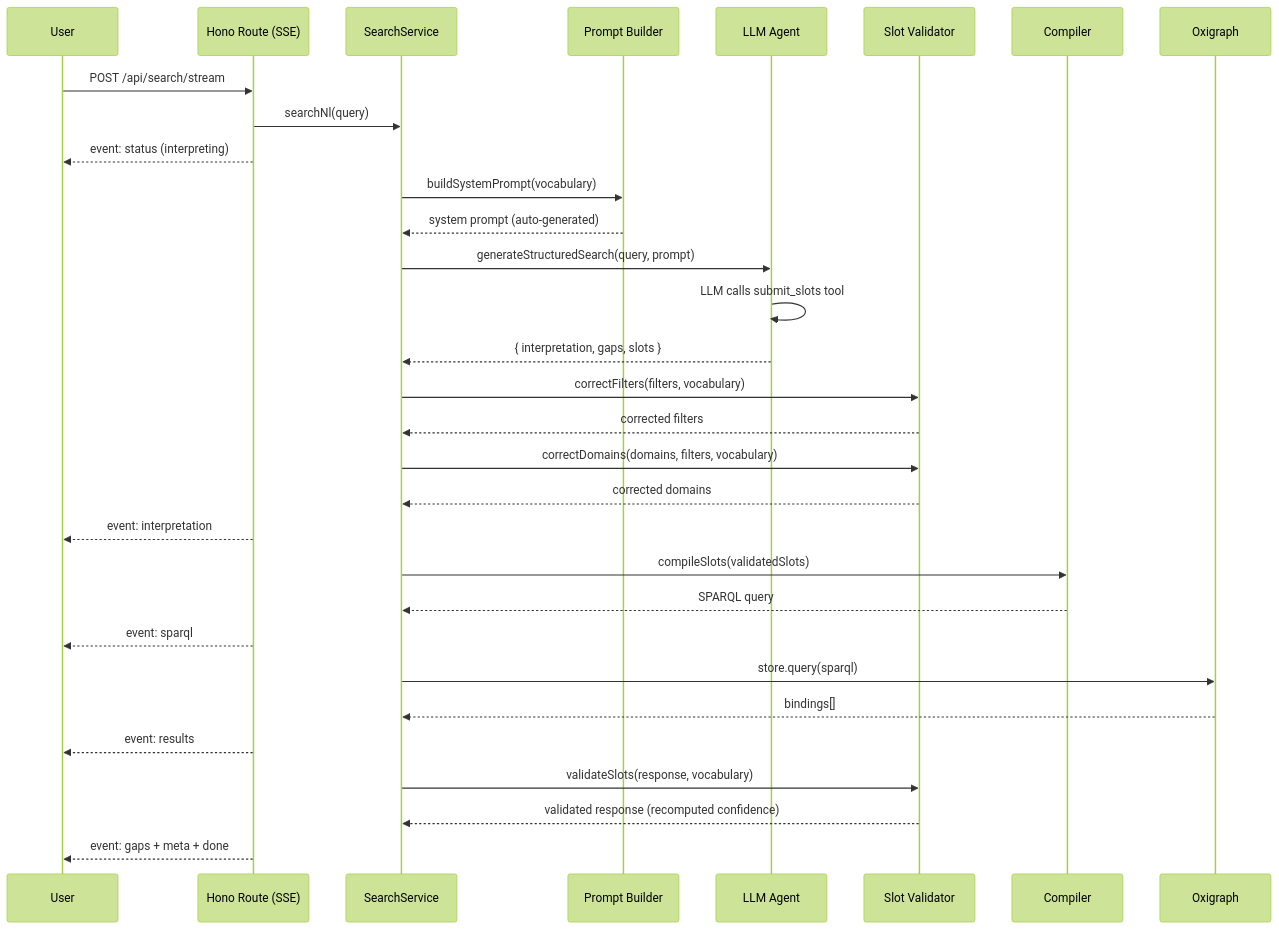
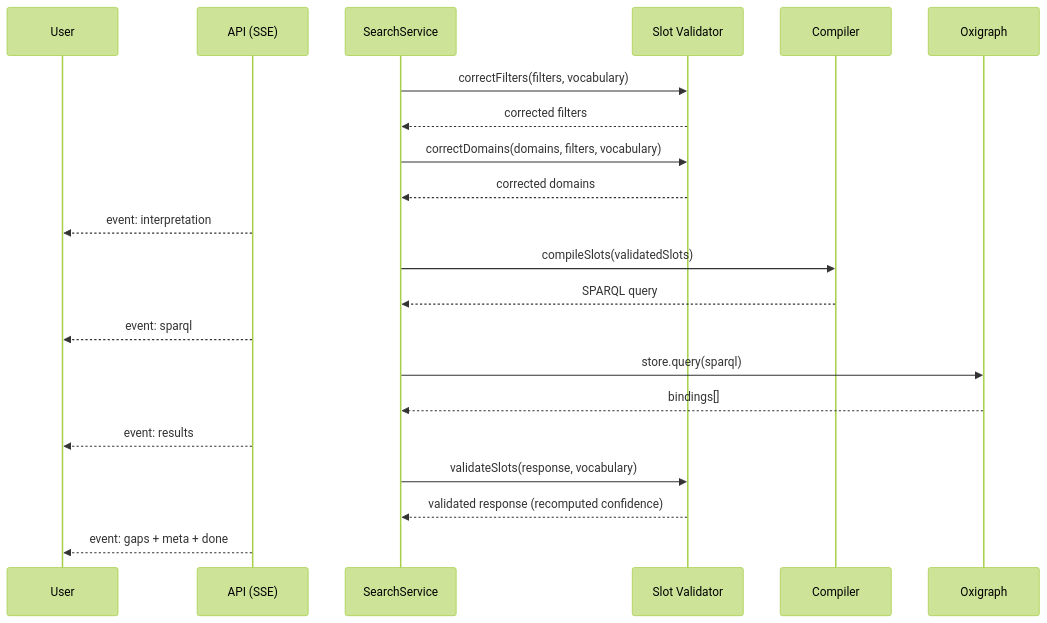
One commit to ASCS-eV/ontology-based-nl-search changed the fourth of 4 diagrams in apps/docs/architecture.md. Above: the diagram before and after it, drawn with Mermaid (forest theme).

Commit message:
docs: split swimlane diagram into request and execution phases

````diff
--- a/apps/docs/architecture.md
+++ b/apps/docs/architecture.md
@@ -87,39 +110,27 @@
 ```mermaid
 sequenceDiagram
     participant U as User
-    participant R as Hono Route (SSE)
+    participant R as API (SSE)
     participant S as SearchService
-    participant PB as Prompt Builder
-    participant L as LLM Agent
     participant V as Slot Validator
     participant C as Compiler
     participant DB as Oxigraph
-
-    U->>R: POST /api/search/stream
-    R->>S: searchNl(query)
-    R-->>U: event: status (interpreting)
-
-    S->>PB: buildSystemPrompt(vocabulary)
-    PB-->>S: system prompt (auto-generated)
-    S->>L: generateStructuredSearch(query, prompt)
-    L->>L: LLM calls submit_slots tool
-    L-->>S: { interpretation, gaps, slots }
 
     S->>V: correctFilters(filters, vocabulary)
     V-->>S: corrected filters
     S->>V: correctDomains(domains, filters, vocabulary)
     V-->>S: corrected domains
     R-->>U: event: interpretation
 
     S->>C: compileSlots(validatedSlots)
     C-->>S: SPARQL query
     R-->>U: event: sparql
 
     S->>DB: store.query(sparql)
     DB-->>S: bindings[]
     R-->>U: event: results
 
     S->>V: validateSlots(response, vocabulary)
     V-->>S: validated response (recomputed confidence)
     R-->>U: event: gaps + meta + done
 ```
````
